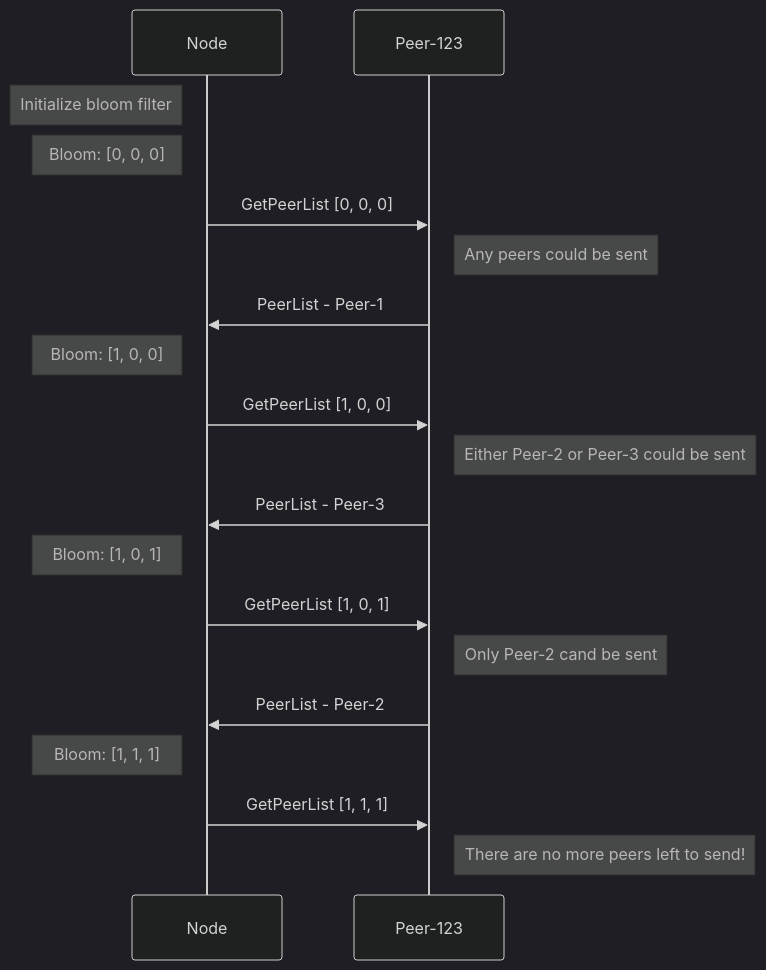
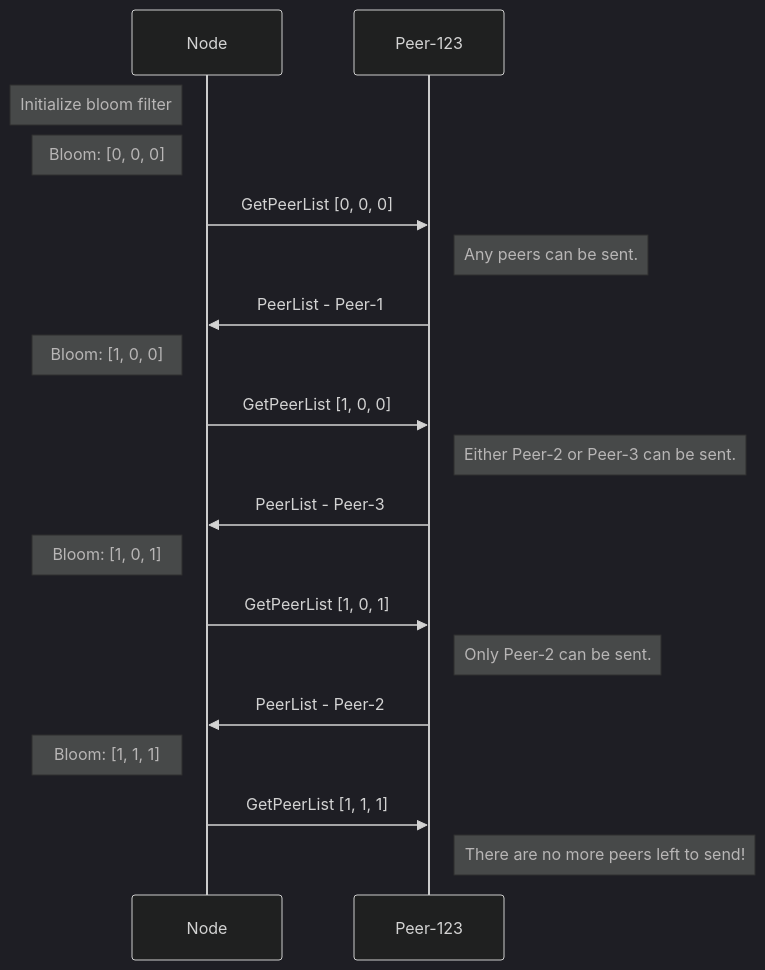
Before and after one commit to ava-labs/avalanchego: the fifth of 5 diagrams in network/README.md, drawn with Mermaid (dark theme).

Commit message:
wip readme

````diff
--- a/network/README.md
+++ b/network/README.md
@@ -125,19 +125,19 @@
 ```mermaid
 sequenceDiagram
 Note left of Node: Initialize bloom filter
 Note left of Node: Bloom: [0, 0, 0]
 Node->>Peer-123: GetPeerList [0, 0, 0]
-Note right of Peer-123: Any peers could be sent
+Note right of Peer-123: Any peers can be sent.
 Peer-123->>Node: PeerList - Peer-1
 Note left of Node: Bloom: [1, 0, 0]
 Node->>Peer-123: GetPeerList [1, 0, 0]
-Note right of Peer-123: Either Peer-2 or Peer-3 could be sent
+Note right of Peer-123: Either Peer-2 or Peer-3 can be sent.
 Peer-123->>Node: PeerList - Peer-3
 Note left of Node: Bloom: [1, 0, 1]
 Node->>Peer-123: GetPeerList [1, 0, 1]
-Note right of Peer-123: Only Peer-2 cand be sent
+Note right of Peer-123: Only Peer-2 can be sent.
 Peer-123->>Node: PeerList - Peer-2
 Note left of Node: Bloom: [1, 1, 1]
 Node->>Peer-123: GetPeerList [1, 1, 1]
 Note right of Peer-123: There are no more peers left to send!
 ```
````
